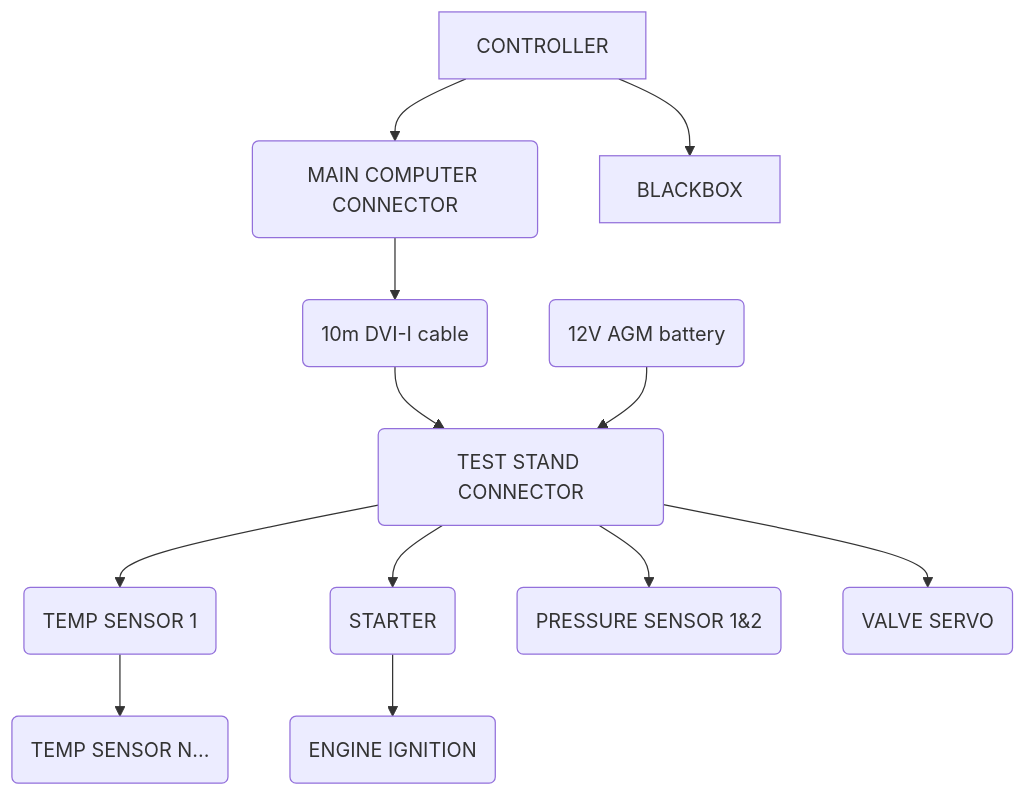
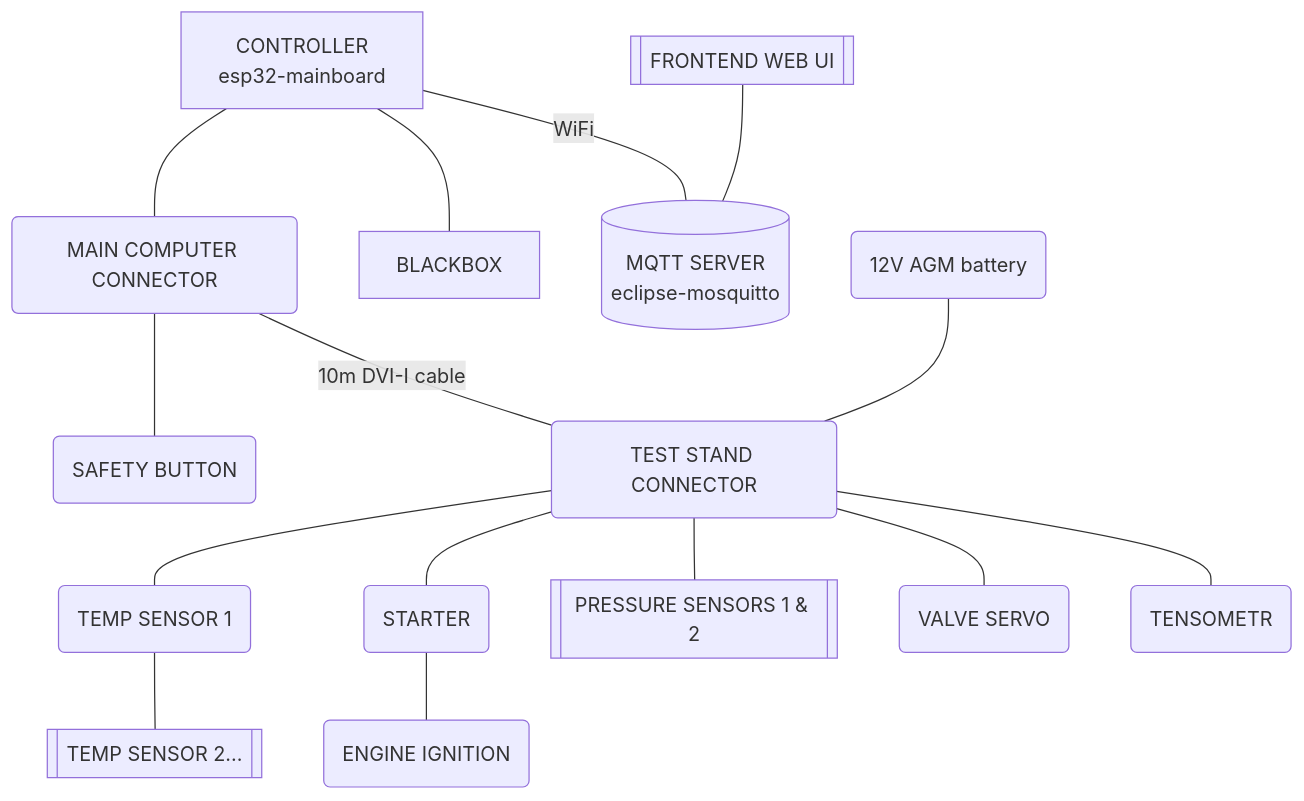
Before and after one commit to L0czek/rakieta: the diagram in README.md, drawn with Mermaid. The commit also changed other lines of this file, not shown here.

Commit message:
Update README graph

````diff
--- a/README.md
+++ b/README.md
@@ -17,14 +18,19 @@
 ```mermaid
 flowchart TB;
-CONTROLLER --> id(MAIN COMPUTER CONNECTOR)
-CONTROLLER --> BLACKBOX
-id(MAIN COMPUTER CONNECTOR) --> id1(10m DVI-I cable)
-id1(10m DVI-I cable) --> id2(TEST STAND CONNECTOR)
-id6(12V AGM battery) --> id2(TEST STAND CONNECTOR)
-id2(TEST STAND CONNECTOR) --> id3(TEMP SENSOR 1)
-id3(TEMP SENSOR 1) --> id4(TEMP SENSOR N...)
-id2(TEST STAND CONNECTOR) --> id5(STARTER)
-id2(TEST STAND CONNECTOR) --> id7(PRESSURE SENSOR 1&2)
-id2(TEST STAND CONNECTOR) --> id8(VALVE SERVO)
-id5(STARTER) --> id9(ENGINE IGNITION)
+CONTROLLER["`CONTROLLER
+esp32-mainboard`"] --- id(MAIN COMPUTER CONNECTOR)
+CONTROLLER --- BLACKBOX
+CONTROLLER ---|WiFi| MQTT[("`MQTT SERVER
+eclipse-mosquitto`")]
+id(MAIN COMPUTER CONNECTOR) --- id10(SAFETY BUTTON)
+id(MAIN COMPUTER CONNECTOR) ---|10m DVI-I cable| id2(TEST STAND CONNECTOR)
+id6(12V AGM battery) --- id2(TEST STAND CONNECTOR)
+id2(TEST STAND CONNECTOR) --- id3(TEMP SENSOR 1)
+id3(TEMP SENSOR 1) --- id4[[TEMP SENSOR 2...]]
+id2(TEST STAND CONNECTOR) --- id5(STARTER)
+id2(TEST STAND CONNECTOR) --- id7[[PRESSURE SENSORS 1 & 2]]
+id2(TEST STAND CONNECTOR) --- id8(VALVE SERVO)
+id2(TEST STAND CONNECTOR) --- id11(TENSOMETR)
+id5(STARTER) --- id9(ENGINE IGNITION)
+FRONTEND[[FRONTEND WEB UI]] --- MQTT
 ```
````
